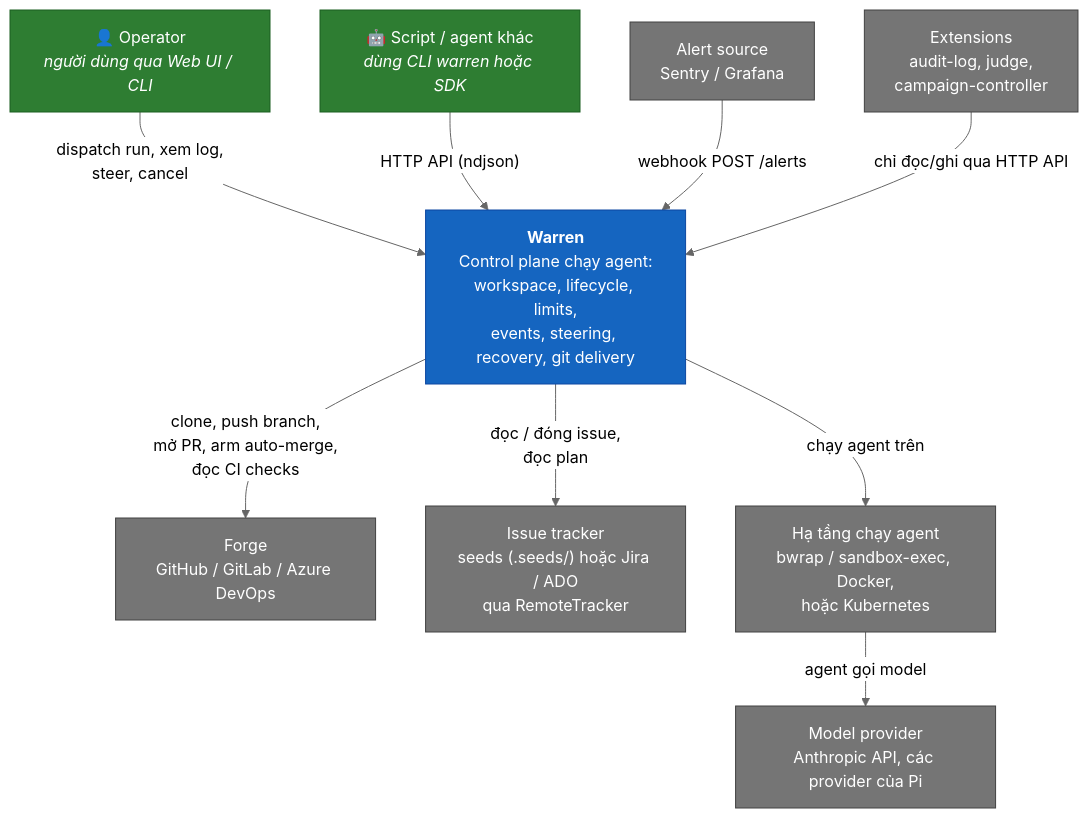
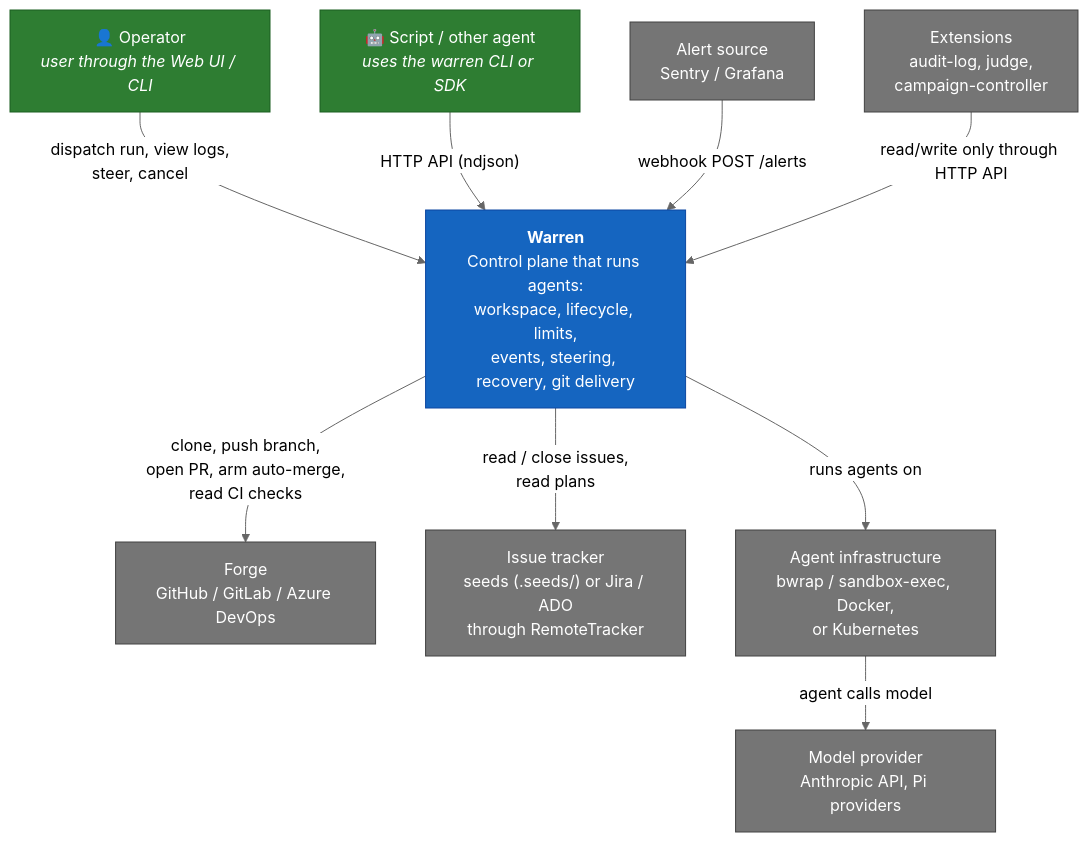
One commit to namphuongtran/warren changed the first of 12 diagrams in docs/design/architecture-overview.md. Above: the diagram before and after it, drawn with Mermaid (neutral theme). The commit also changed other lines of this file and 4 other files, not shown here.

````diff
--- a/docs/design/architecture-overview.md
+++ b/docs/design/architecture-overview.md
@@ -30,30 +30,30 @@
 ```mermaid
 flowchart TB
-    operator["👤 Operator<br/><i>người dùng qua Web UI / CLI</i>"]
-    script["🤖 Script / agent khác<br/><i>dùng CLI warren hoặc SDK</i>"]
+    operator["👤 Operator<br/><i>user through the Web UI / CLI</i>"]
+    script["🤖 Script / other agent<br/><i>uses the warren CLI or SDK</i>"]
 
-    warren["<b>Warren</b><br/>Control plane chạy agent:<br/>workspace, lifecycle, limits,<br/>events, steering, recovery, git delivery"]
+    warren["<b>Warren</b><br/>Control plane that runs agents:<br/>workspace, lifecycle, limits,<br/>events, steering, recovery, git delivery"]
 
     forge["Forge<br/>GitHub / GitLab / Azure DevOps"]
-    llm["Model provider<br/>Anthropic API, các provider của Pi"]
-    tracker["Issue tracker<br/>seeds (.seeds/) hoặc Jira / ADO<br/>qua RemoteTracker"]
-    infra["Hạ tầng chạy agent<br/>bwrap / sandbox-exec, Docker,<br/>hoặc Kubernetes"]
+    llm["Model provider<br/>Anthropic API, Pi providers"]
+    tracker["Issue tracker<br/>seeds (.seeds/) or Jira / ADO<br/>through RemoteTracker"]
+    infra["Agent infrastructure<br/>bwrap / sandbox-exec, Docker,<br/>or Kubernetes"]
     alerts["Alert source<br/>Sentry / Grafana"]
     ext["Extensions<br/>audit-log, judge,<br/>campaign-controller"]
 
-    operator -- "dispatch run, xem log,<br/>steer, cancel" --> warren
+    operator -- "dispatch run, view logs,<br/>steer, cancel" --> warren
     script -- "HTTP API (ndjson)" --> warren
-    warren -- "clone, push branch,<br/>mở PR, arm auto-merge,<br/>đọc CI checks" --> forge
-    warren -- "chạy agent trên" --> infra
-    infra -- "agent gọi model" --> llm
-    warren -- "đọc / đóng issue,<br/>đọc plan" --> tracker
+    warren -- "clone, push branch,<br/>open PR, arm auto-merge,<br/>read CI checks" --> forge
+    warren -- "runs agents on" --> infra
+    infra -- "agent calls model" --> llm
+    warren -- "read / close issues,<br/>read plans" --> tracker
     alerts -- "webhook POST /alerts" --> warren
-    ext -- "chỉ đọc/ghi qua HTTP API" --> warren
+    ext -- "read/write only through HTTP API" --> warren
 
     classDef person fill:#2e7d32,stroke:#1b5e20,color:#fff
     classDef system fill:#1565c0,stroke:#0d47a1,color:#fff
     classDef external fill:#757575,stroke:#424242,color:#fff
     class operator,script person
     class warren system
     class forge,llm,tracker,infra,alerts,ext external
 ```
````
